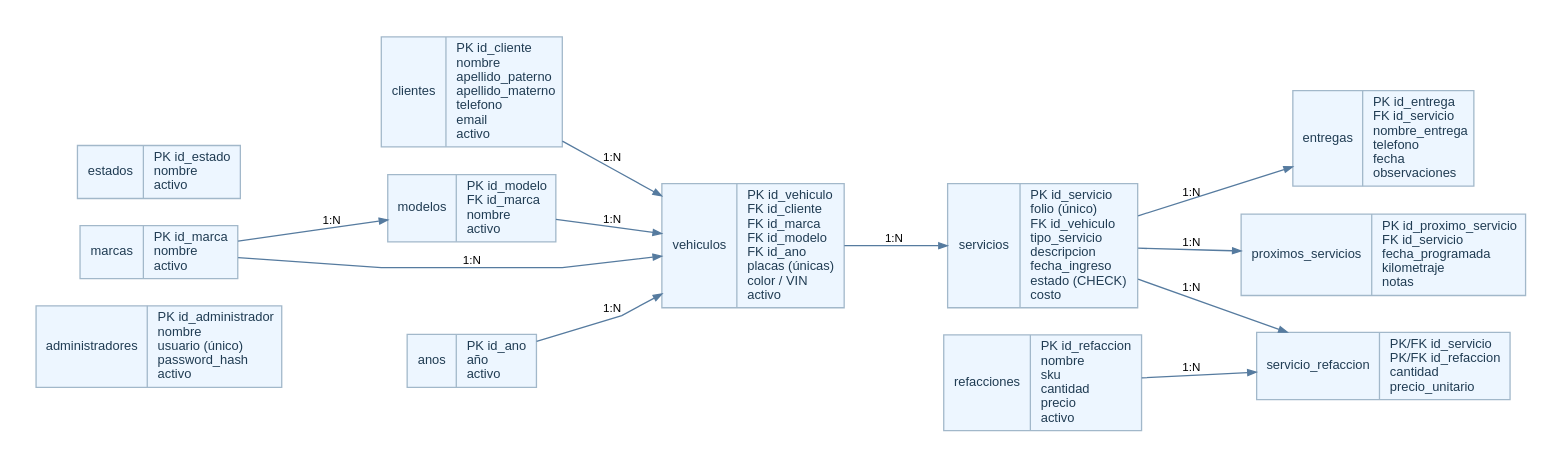
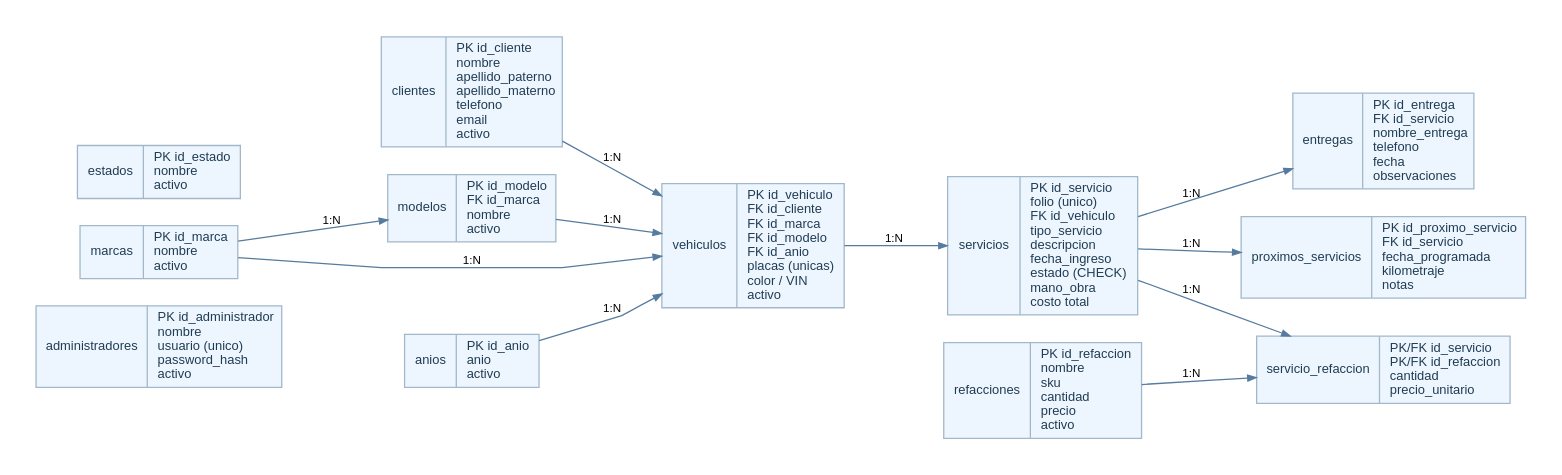
One commit to CarlosSilvaE/Agencia-De-Autos changed the diagram in docs/diagrama_bd.dot. Above: the diagram before and after it, drawn with Graphviz. The commit also changed 39 other files, not shown here.

```diff
--- a/docs/diagrama_bd.dot
+++ b/docs/diagrama_bd.dot
@@ -1,27 +1,27 @@
 digraph "Modelo ER" {
 	bgcolor=white nodesep=0.28 pad=0.28 rankdir=LR ranksep=0.85 splines=polyline
 	node [color="#a2b8ca" fillcolor="#edf6ff" fontcolor="#203c53" fontname=Arial fontsize=10 shape=record style=filled]
 	edge [arrowsize=0.65 color="#567b9f" fontname=Arial fontsize=9]
-	administradores [label="{administradores|PK id_administrador\lnombre\lusuario (único)\lpassword_hash\lactivo\l}"]
+	administradores [label="{administradores|PK id_administrador\lnombre\lusuario (unico)\lpassword_hash\lactivo\l}"]
 	clientes [label="{clientes|PK id_cliente\lnombre\lapellido_paterno\lapellido_materno\ltelefono\lemail\lactivo\l}"]
 	marcas [label="{marcas|PK id_marca\lnombre\lactivo\l}"]
 	modelos [label="{modelos|PK id_modelo\lFK id_marca\lnombre\lactivo\l}"]
-	anos [label="{anos|PK id_ano\laño\lactivo\l}"]
-	vehiculos [label="{vehiculos|PK id_vehiculo\lFK id_cliente\lFK id_marca\lFK id_modelo\lFK id_ano\lplacas (únicas)\lcolor / VIN\lactivo\l}"]
+	anios [label="{anios|PK id_anio\lanio\lactivo\l}"]
+	vehiculos [label="{vehiculos|PK id_vehiculo\lFK id_cliente\lFK id_marca\lFK id_modelo\lFK id_anio\lplacas (unicas)\lcolor / VIN\lactivo\l}"]
 	estados [label="{estados|PK id_estado\lnombre\lactivo\l}"]
-	servicios [label="{servicios|PK id_servicio\lfolio (único)\lFK id_vehiculo\ltipo_servicio\ldescripcion\lfecha_ingreso\lestado (CHECK)\lcosto\l}"]
+	servicios [label="{servicios|PK id_servicio\lfolio (unico)\lFK id_vehiculo\ltipo_servicio\ldescripcion\lfecha_ingreso\lestado (CHECK)\lmano_obra\lcosto total\l}"]
 	entregas [label="{entregas|PK id_entrega\lFK id_servicio\lnombre_entrega\ltelefono\lfecha\lobservaciones\l}"]
 	proximos_servicios [label="{proximos_servicios|PK id_proximo_servicio\lFK id_servicio\lfecha_programada\lkilometraje\lnotas\l}"]
 	refacciones [label="{refacciones|PK id_refaccion\lnombre\lsku\lcantidad\lprecio\lactivo\l}"]
 	servicio_refaccion [label="{servicio_refaccion|PK/FK id_servicio\lPK/FK id_refaccion\lcantidad\lprecio_unitario\l}"]
 	clientes -> vehiculos [label="1:N"]
 	marcas -> modelos [label="1:N"]
 	marcas -> vehiculos [label="1:N"]
 	modelos -> vehiculos [label="1:N"]
-	anos -> vehiculos [label="1:N"]
+	anios -> vehiculos [label="1:N"]
 	vehiculos -> servicios [label="1:N"]
 	servicios -> entregas [label="1:N"]
 	servicios -> proximos_servicios [label="1:N"]
 	servicios -> servicio_refaccion [label="1:N"]
 	refacciones -> servicio_refaccion [label="1:N"]
 }
```
